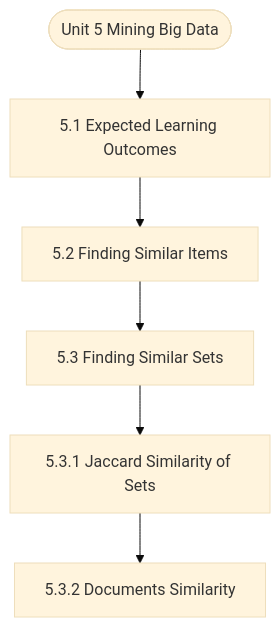
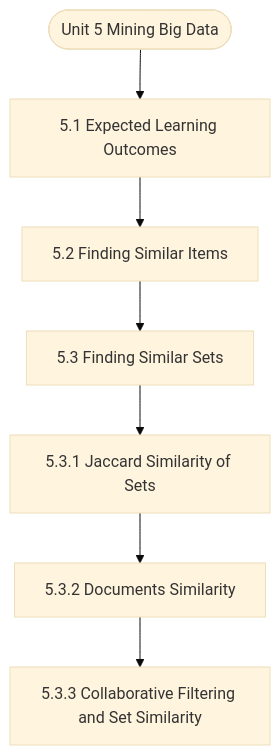
Before and after one commit to Asutosh-Coaching/mscdsa: the diagram in notes/Semester_2/MCS-068_Predictive_Data_Analysis/unit_05_Mining_Big_Data.md, drawn with Mermaid (base theme). The commit also changed other lines of this file and 116 other files, not shown here.

````diff
--- a/notes/Semester_2/MCS-068_Predictive_Data_Analysis/unit_05_Mining_Big_Data.md
+++ b/notes/Semester_2/MCS-068_Predictive_Data_Analysis/unit_05_Mining_Big_Data.md
@@ -19,14 +19,16 @@
 ```mermaid
 flowchart TD
   Start(["Unit 5 Mining Big Data"])
   N1["5.1 Expected Learning Outcomes"]
   N2["5.2 Finding Similar Items"]
   N3["5.3 Finding Similar Sets"]
   N4["5.3.1 Jaccard Similarity of Sets"]
   N5["5.3.2 Documents Similarity"]
+  N6["5.3.3 Collaborative Filtering and Set Similarity"]
   Start --> N1
   N1 --> N2
   N2 --> N3
   N3 --> N4
   N4 --> N5
+  N5 --> N6
 ```
````
